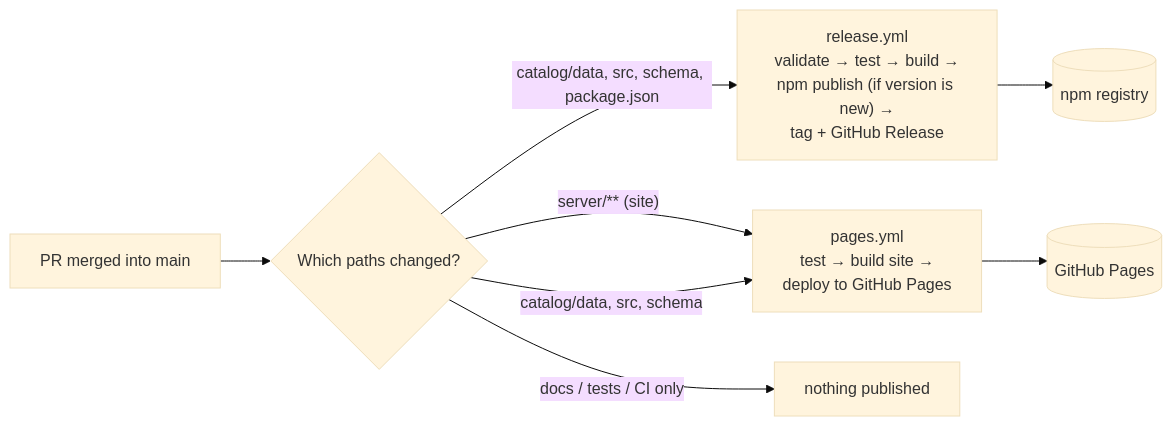
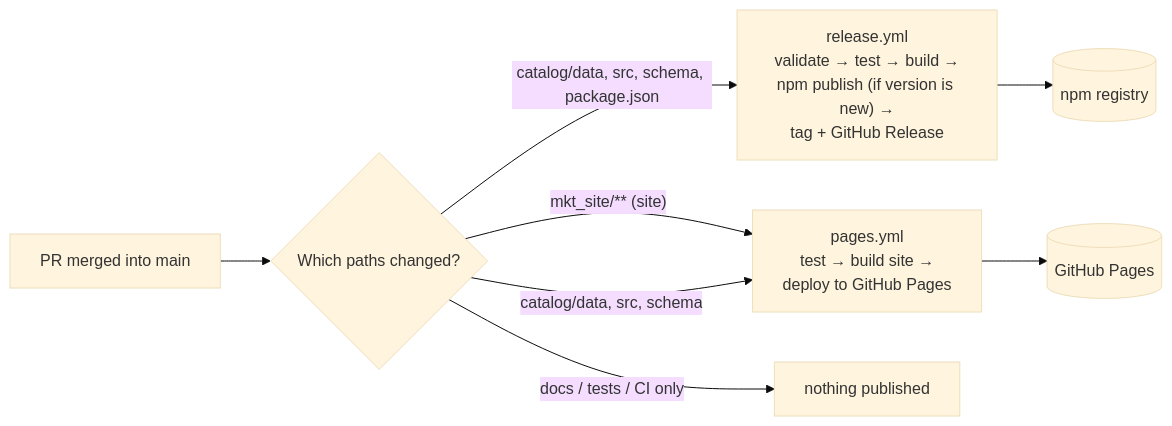
The first of 2 diagrams in docs/specs/README.md (mhsalves/yugioh-fb-catalog), drawn with Mermaid (base theme) before and after one commit. The commit also changed other lines of this file and 7 other files, not shown here.

First line of the commit message:
docs(specs): Adopt trusted publishing, SHA-pinned actions, mkt_site rename

````diff
--- a/docs/specs/README.md
+++ b/docs/specs/README.md
@@ -89,10 +89,10 @@
 ```mermaid
 flowchart LR
     PR["PR merged into main"] --> F{"Which paths changed?"}
     F -- "catalog/data, src, schema, package.json" --> REL["release.yml<br/>validate → test → build →<br/>npm publish (if version is new) →<br/>tag + GitHub Release"]
-    F -- "server/** (site)" --> PAG["pages.yml<br/>test → build site →<br/>deploy to GitHub Pages"]
+    F -- "mkt_site/** (site)" --> PAG["pages.yml<br/>test → build site →<br/>deploy to GitHub Pages"]
     F -- "catalog/data, src, schema" --> PAG
     F -- "docs / tests / CI only" --> NOP["nothing published"]
     REL --> NPM[("npm registry")]
     PAG --> GHP[("GitHub Pages")]
 ```
````
